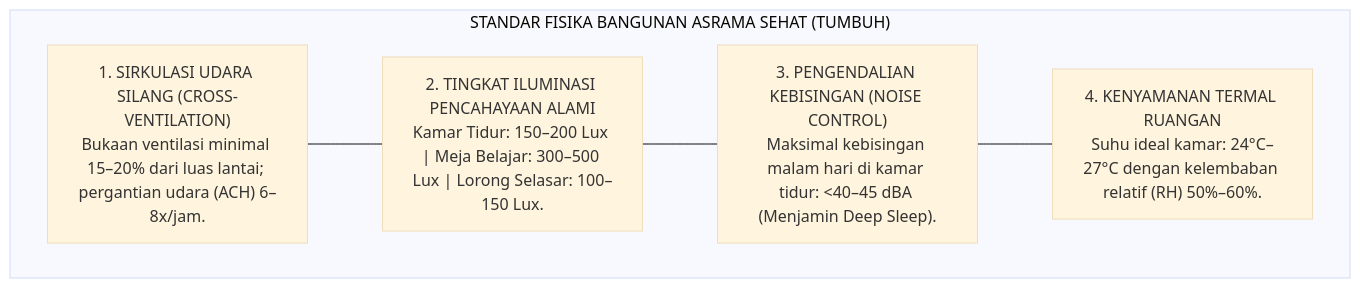
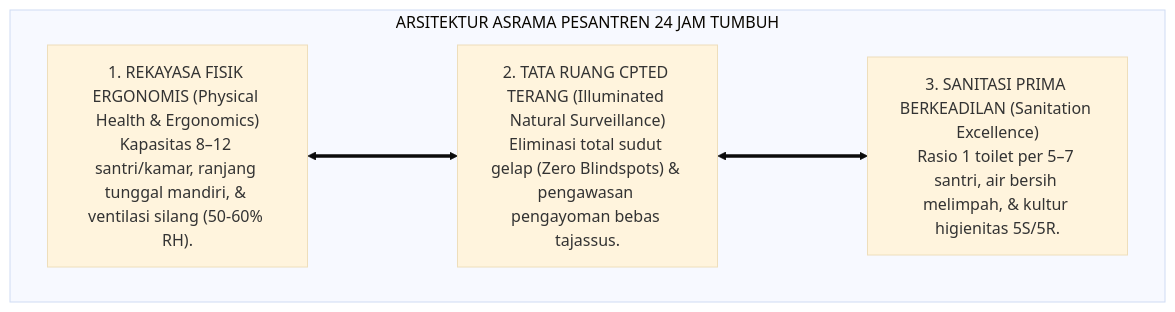
The second of 3 diagrams in 02 Principles/02 Design Principles/P2-02-02-Prinsip-Desain-Arsitektur-Asrama-24-Jam.md (wandiapriliyandi/tumbuh), drawn with Mermaid (base theme) before and after one commit. The commit also changed other lines of this file and 7 other files, not shown here.

````diff
--- a/02 Principles/02 Design Principles/P2-02-02-Prinsip-Desain-Arsitektur-Asrama-24-Jam.md
+++ b/02 Principles/02 Design Principles/P2-02-02-Prinsip-Desain-Arsitektur-Asrama-24-Jam.md
@@ -108,14 +119,13 @@
 ```mermaid
-graph TD
-    subgraph StandarFisikaBangunanAsrama["STANDAR FISIKA BANGUNAN ASRAMA SEHAT (TUMBUH)"]
-        Udara["1. SIRKULASI UDARA SILANG (CROSS-VENTILATION)<br/>Bukaan ventilasi minimal 15–20% dari luas lantai; pergantian udara (ACH) 6–8x/jam."]
+flowchart TD
+    subgraph ArsitekturAsramaTUMBUH["ARSITEKTUR ASRAMA PESANTREN 24 JAM TUMBUH"]
         
-        Cahaya["2. TINGKAT ILUMINASI PENCAHAYAAN ALAMI<br/>Kamar Tidur: 150–200 Lux | Meja Belajar: 300–500 Lux | Lorong Selasar: 100–150 Lux."]
+        A1_Sayap["1. REKAYASA FISIK ERGONOMIS (Physical Health & Ergonomics)<br/>Kapasitas 8–12 santri/kamar, ranjang tunggal mandiri, & ventilasi silang (50-60% RH)."]
         
-        Akustik["3. PENGENDALIAN KEBISINGAN (NOISE CONTROL)<br/>Maksimal kebisingan malam hari di kamar tidur: <40–45 dBA (Menjamin Deep Sleep)."]
+        A2_Sayap["2. TATA RUANG CPTED TERANG (Illuminated Natural Surveillance)<br/>Eliminasi total sudut gelap (Zero Blindspots) & pengawasan pengayoman bebas tajassus."]
         
-        Suhu["4. KENYAMANAN TERMAL RUANGAN<br/>Suhu ideal kamar: 24°C–27°C dengan kelembaban relatif (RH) 50%–60%."]
+        A3_Sayap["3. SANITASI PRIMA BERKEADILAN (Sanitation Excellence)<br/>Rasio 1 toilet per 5–7 santri, air bersih melimpah, & kultur higienitas 5S/5R."]
         
-        Udara --- Cahaya --- Akustik --- Suhu
+        A1_Sayap <===> A2_Sayap <===> A3_Sayap
     end
 ```
````
